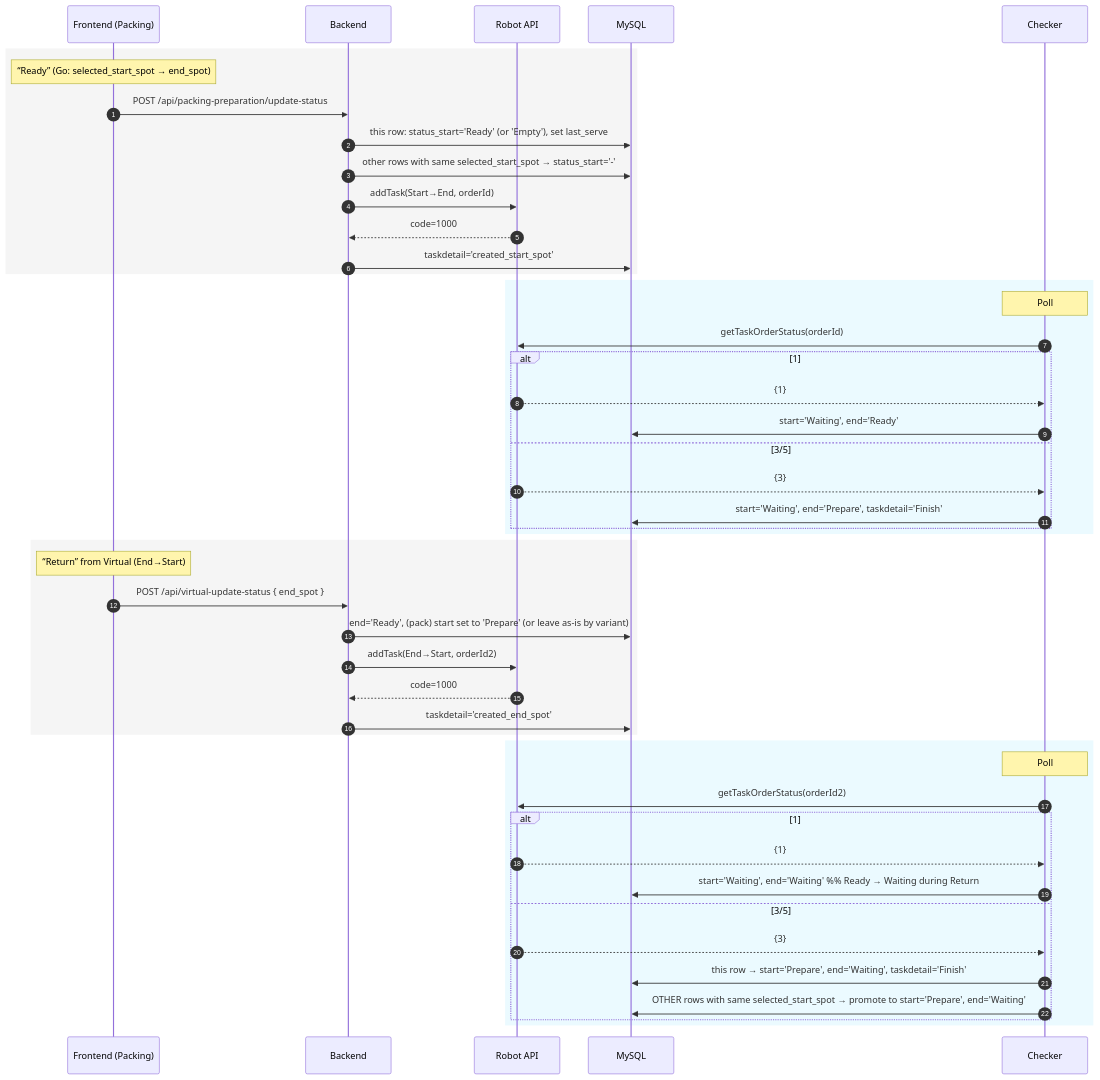
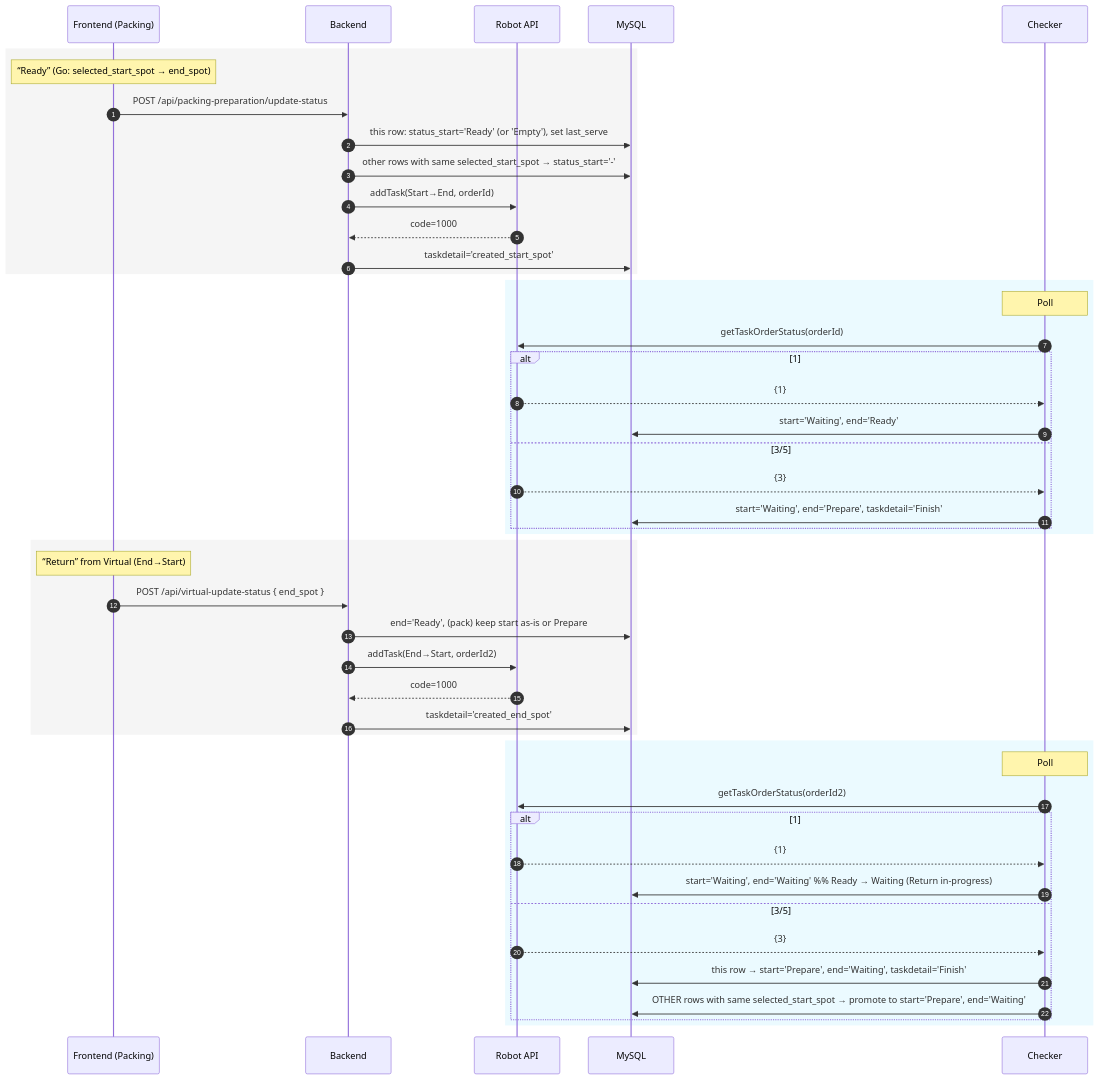
Before and after one commit to giftjira/AMR_WebApp: the third of 3 diagrams in README.md, drawn with Mermaid. The commit also changed other lines of this file and 2 other files, not shown here.

````diff
--- a/README.md
+++ b/README.md
@@ -225,53 +220,53 @@
 ```mermaid
 sequenceDiagram
     autonumber
     participant FE as Frontend (Packing)
     participant BE as Backend
     participant RCS as Robot API
     participant DB as MySQL
     participant CRON as Checker
 
     rect rgb(245,245,245)
       Note over FE: “Ready” (Go: selected_start_spot → end_spot)
       FE->>BE: POST /api/packing-preparation/update-status
       BE->>DB: this row: status_start='Ready' (or 'Empty'), set last_serve
       BE->>DB: other rows with same selected_start_spot → status_start='-'
       BE->>RCS: addTask(Start→End, orderId)
       RCS-->>BE: code=1000
       BE->>DB: taskdetail='created_start_spot'
     end
 
     rect rgb(235,250,255)
       Note over CRON: Poll
       CRON->>RCS: getTaskOrderStatus(orderId)
       alt 1
         RCS-->>CRON: {1}
         CRON->>DB: start='Waiting', end='Ready'
       else 3/5
         RCS-->>CRON: {3}
         CRON->>DB: start='Waiting', end='Prepare', taskdetail='Finish'
       end
     end
 
     rect rgb(245,245,245)
       Note over FE: “Return” from Virtual (End→Start)
       FE->>BE: POST /api/virtual-update-status { end_spot }
-      BE->>DB: end='Ready', (pack) start set to 'Prepare' (or leave as-is by variant)
+      BE->>DB: end='Ready', (pack) keep start as-is or Prepare
       BE->>RCS: addTask(End→Start, orderId2)
       RCS-->>BE: code=1000
       BE->>DB: taskdetail='created_end_spot'
     end
 
     rect rgb(235,250,255)
       Note over CRON: Poll
       CRON->>RCS: getTaskOrderStatus(orderId2)
       alt 1
         RCS-->>CRON: {1}
-        CRON->>DB: start='Waiting', end='Waiting'  %% Ready → Waiting during Return
+        CRON->>DB: start='Waiting', end='Waiting'  %% Ready → Waiting (Return in-progress)
       else 3/5
         RCS-->>CRON: {3}
         CRON->>DB: this row → start='Prepare', end='Waiting', taskdetail='Finish'
         CRON->>DB: OTHER rows with same selected_start_spot → promote to start='Prepare', end='Waiting'
       end
     end
 ```
````
